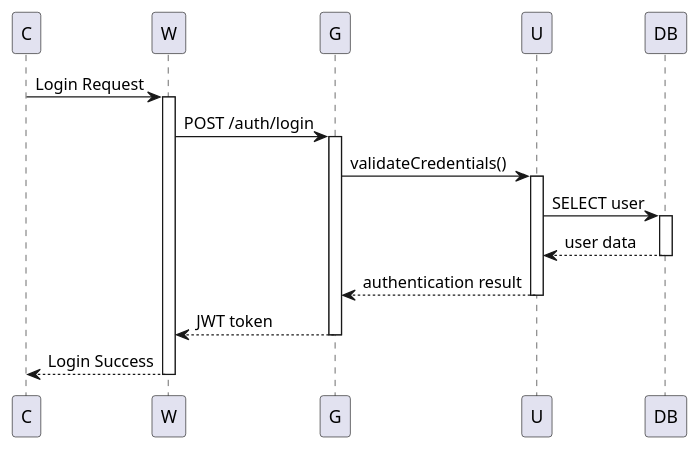
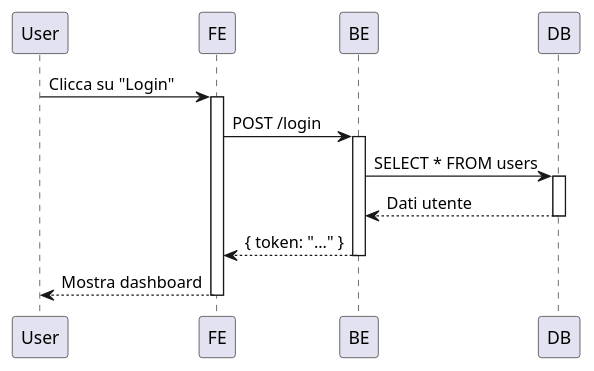
One commit to Seniorsimo/sas-template changed the third of 4 diagrams in 03-behavioral-diagrams/sequence-diagrams/INSTRUCTIONS.md. Above: the diagram before and after it, drawn with PlantUML. The commit also changed other lines of this file and 9 other files, not shown here.

Commit message:
Refactor diagram instructions and templates

````diff
--- a/03-behavioral-diagrams/sequence-diagrams/INSTRUCTIONS.md
+++ b/03-behavioral-diagrams/sequence-diagrams/INSTRUCTIONS.md
@@ -159,18 +40,18 @@
-```plantuml
-C -> W: Login Request
-activate W
-W -> G: POST /auth/login
-activate G
-G -> U: validateCredentials()
-activate U
-U -> DB: SELECT user
-activate DB
-DB --> U: user data
-deactivate DB
-U --> G: authentication result
-deactivate U
-G --> W: JWT token
-deactivate G
-W --> C: Login Success
-deactivate W
-```
+    ```plantuml
+    User -> FE: Clicca su "Login"
+    activate FE
+
+    FE -> BE: POST /login
+    activate BE
+
+    BE -> DB: SELECT * FROM users
+    activate DB
+    DB --> BE: Dati utente
+    deactivate DB
+
+    BE --> FE: { token: "..." }
+    deactivate BE
+
+    FE --> User: Mostra dashboard
+    deactivate FE
+    ```
````
